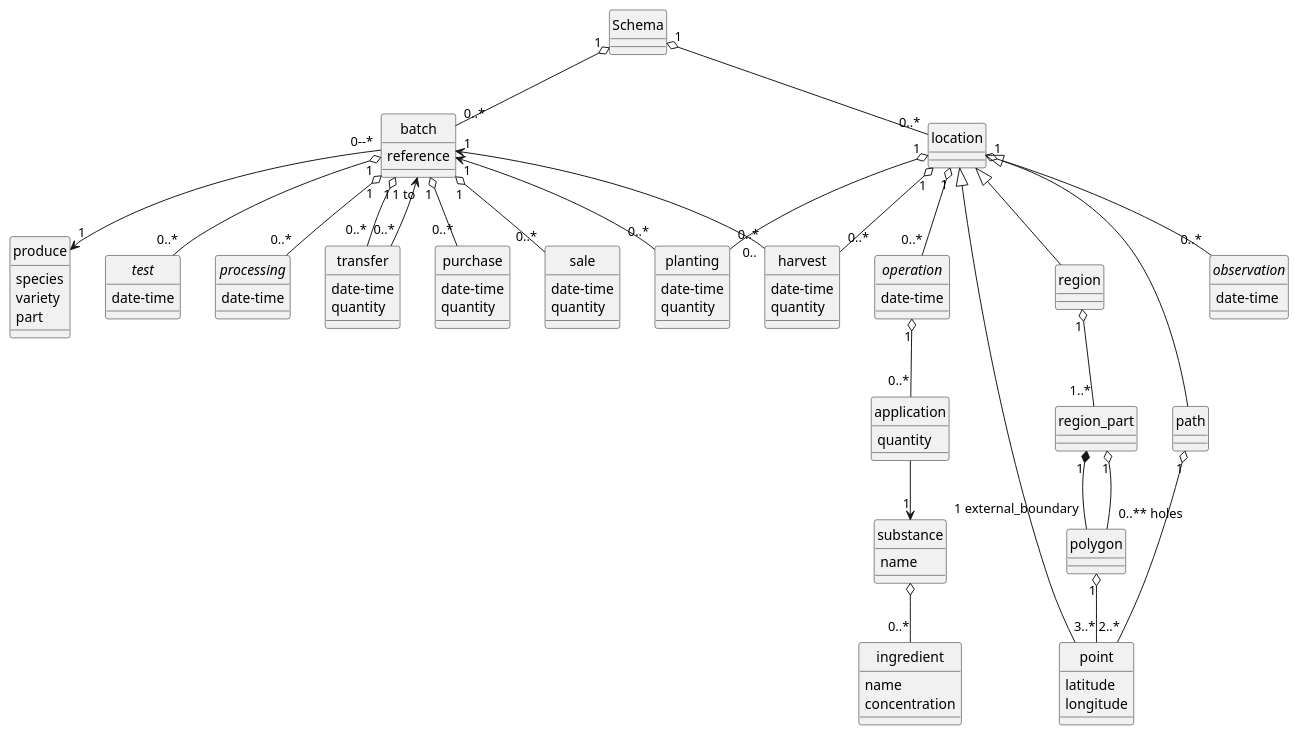
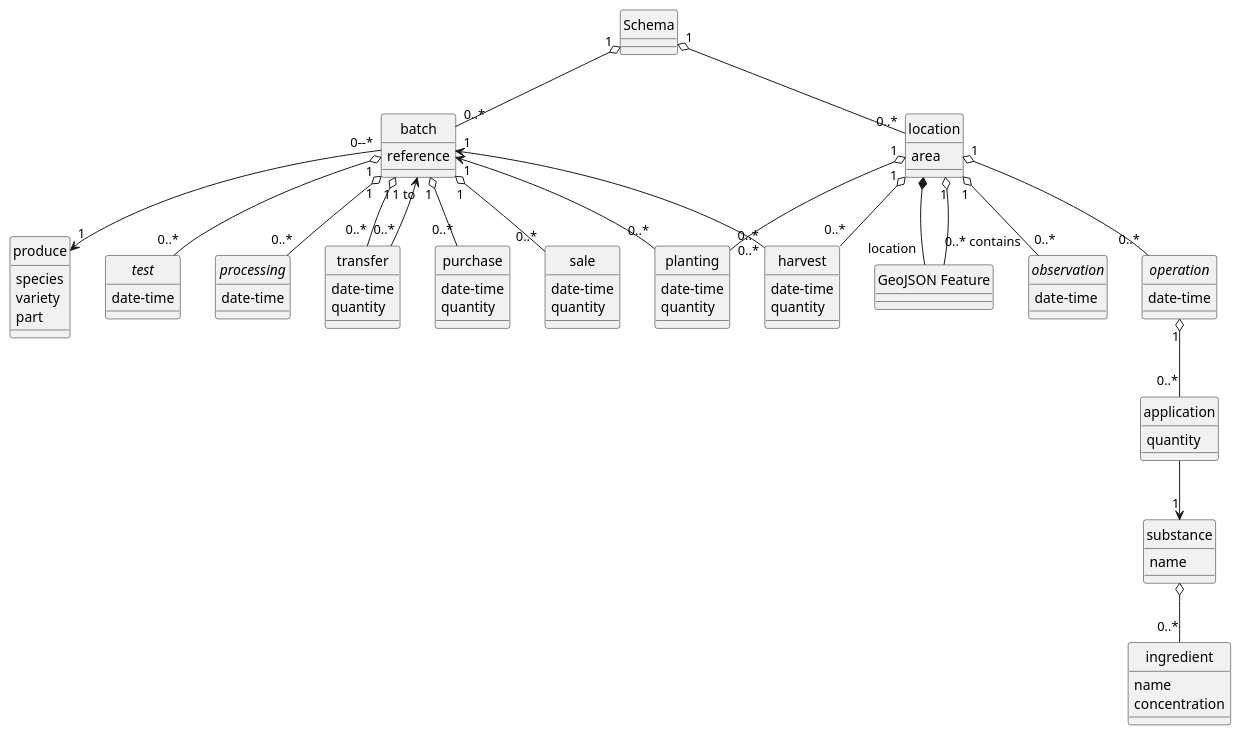
Before and after one commit to Charles1625/crop-production-ontology: the diagram in Schema/schema.puml, drawn with PlantUML. The commit also changed 14 other files, not shown here.

```diff
--- a/Schema/schema.puml
+++ b/Schema/schema.puml
@@ -1,112 +1,96 @@
 @startuml
 hide circle
 
 class Schema
 
 class harvest {
 date-time
 quantity
 }
 location "1" o-- "0..*" harvest
-batch "1" <-- "0.." harvest
+batch "1" <-- "0..*" harvest
 
 class planting {
 date-time
 quantity
 }
 location "1" o-- "0..*" planting
 batch "1" <-- "0..*" planting
 
-class location
+class location {
+area
+}
 Schema "1" o-- "0..*" location
 
-class point {
-latitude
-longitude
-}
+class "GeoJSON Feature" as feature
 
-location <|-- point
-
-class path
-path "1" o-- "2..*" point
-location <|-- path
-
-
-class polygon
-polygon "1" o-- "3..*" point
-
-class region
-location <|-- region
-
-class region_part
-region "1" o-- "1..*" region_part
-region_part "1" *-- "1 external_boundary" polygon
-region_part "1" o-- "0..** holes" polygon
+location *-- "location" feature
+location "1" o-- "0..* contains" feature
 
 class transfer {
 date-time
 quantity
 }
 batch "1" o-- "0..*" transfer
 batch "1 to" <-- "0..*" transfer
 
 class purchase {
 date-time
 quantity
 }
 batch "1" o-- "0..*" purchase
 
 class sale {
 date-time
 quantity
 }
 batch "1" o-- "0..*" sale
 
 class batch {
 reference
 }
 Schema "1" o-- "0..*" batch
 
 class produce {
 species
 variety
 part
 }
 batch "0--*" --> "1" produce
 
 abstract observation {
 date-time
 }
 location "1" o-- "0..*" observation
 
 abstract operation {
 date-time
 }
 location "1" o-- "0..*" operation
 operation "1" o-- "0..*" application
 
 abstract test {
 date-time
 }
 batch "1" o-- "0..*" test
 
 abstract processing {
 date-time
 }
 batch "1" o-- "0..*" processing
 
 class application {
 	quantity
 }
 
 class substance {
 name
 }
 application --> "1" substance
 
 class ingredient {
 name
 concentration
 }
 substance o-- "0..*" ingredient
 @enduml
```
